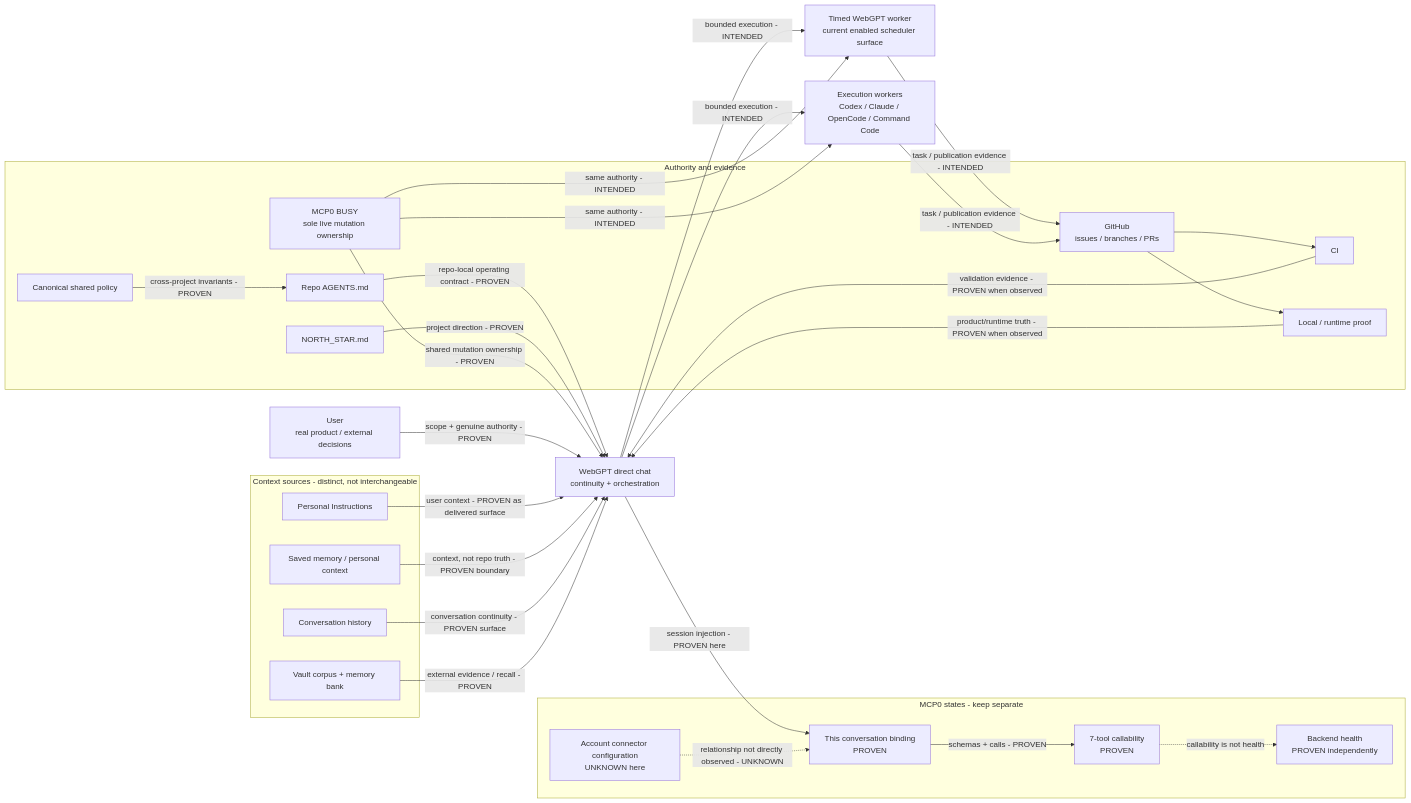
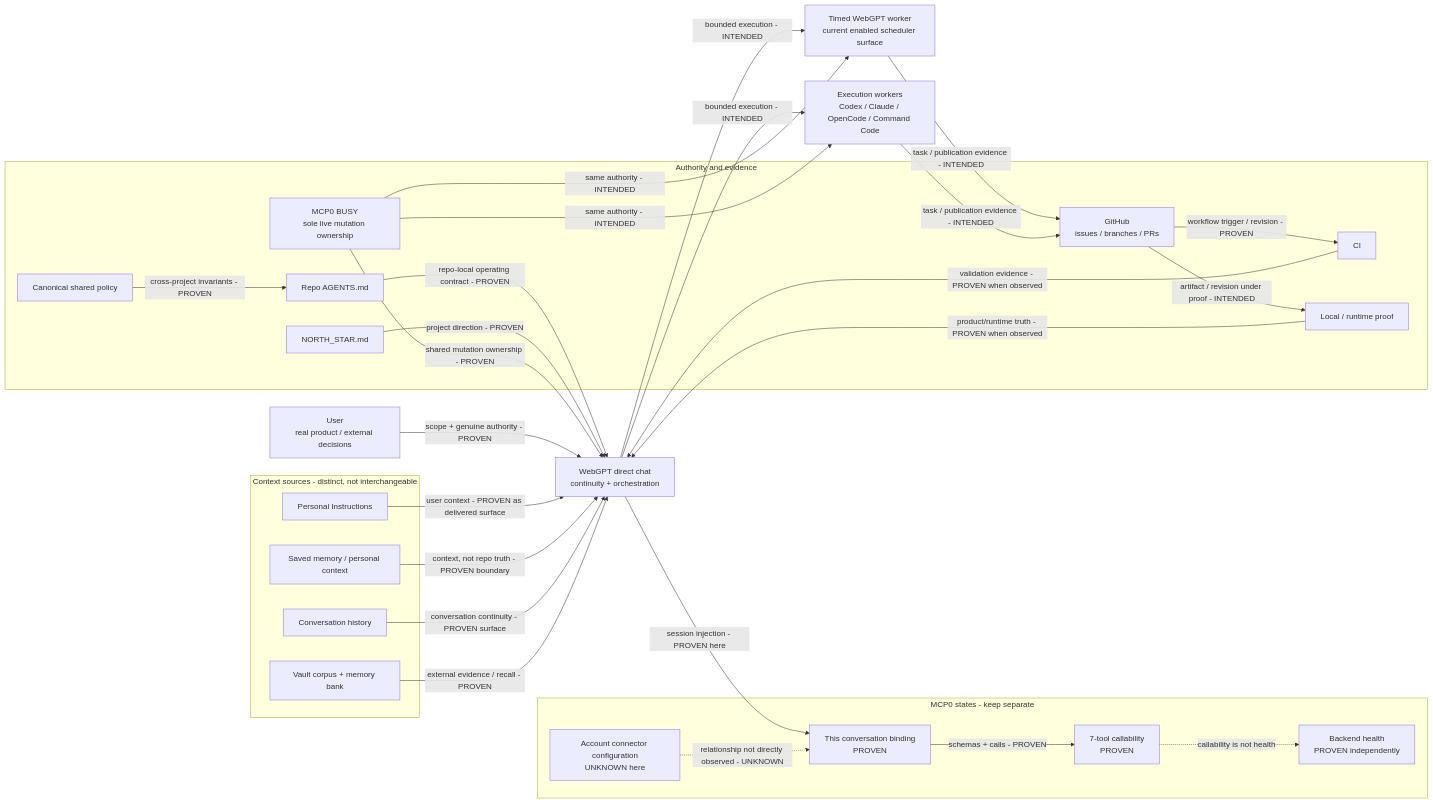
The diagram in docs/assistant-stack-architecture.mmd (organicoverlords/regression-research), drawn with Mermaid before and after one commit. The commit also changed 3 other files, not shown here.

```diff
--- a/docs/assistant-stack-architecture.mmd
+++ b/docs/assistant-stack-architecture.mmd
@@ -1,56 +1,56 @@
 flowchart LR
   U["User\nreal product / external decisions"]
   W["WebGPT direct chat\ncontinuity + orchestration"]
   T["Timed WebGPT worker\ncurrent enabled scheduler surface"]
   X["Execution workers\nCodex / Claude / OpenCode / Command Code"]
 
   subgraph CTX["Context sources - distinct, not interchangeable"]
     PI["Personal Instructions"]
     MEM["Saved memory / personal context"]
     HIST["Conversation history"]
     V["Vault corpus + memory bank"]
   end
 
   subgraph AUTH["Authority and evidence"]
     SP["Canonical shared policy"]
     AG["Repo AGENTS.md"]
     NS["NORTH_STAR.md"]
     BUSY["MCP0 BUSY\nsole live mutation ownership"]
     GH["GitHub\nissues / branches / PRs"]
     CI["CI"]
     RT["Local / runtime proof"]
   end
 
   subgraph MCP["MCP0 states - keep separate"]
     ACCT["Account connector configuration\nUNKNOWN here"]
     BIND["This conversation binding\nPROVEN"]
     CALL["7-tool callability\nPROVEN"]
     HEALTH["Backend health\nPROVEN independently"]
   end
 
   U -- "scope + genuine authority - PROVEN" --> W
   PI -- "user context - PROVEN as delivered surface" --> W
   MEM -- "context, not repo truth - PROVEN boundary" --> W
   HIST -- "conversation continuity - PROVEN surface" --> W
   V -- "external evidence / recall - PROVEN" --> W
 
   W -- "bounded execution - INTENDED" --> T
   W -- "bounded execution - INTENDED" --> X
   SP -- "cross-project invariants - PROVEN" --> AG
   AG -- "repo-local operating contract - PROVEN" --> W
   NS -- "project direction - PROVEN" --> W
   BUSY -- "shared mutation ownership - PROVEN" --> W
   BUSY -- "same authority - INTENDED" --> T
   BUSY -- "same authority - INTENDED" --> X
 
   W -- "session injection - PROVEN here" --> BIND
   ACCT -. "relationship not directly observed - UNKNOWN" .-> BIND
   BIND -- "schemas + calls - PROVEN" --> CALL
   CALL -. "callability is not health" .-> HEALTH
 
   T -- "task / publication evidence - INTENDED" --> GH
   X -- "task / publication evidence - INTENDED" --> GH
-  GH --> CI
-  GH --> RT
+  GH -- "workflow trigger / revision - PROVEN" --> CI
+  GH -- "artifact / revision under proof - INTENDED" --> RT
   CI -- "validation evidence - PROVEN when observed" --> W
   RT -- "product/runtime truth - PROVEN when observed" --> W
```
